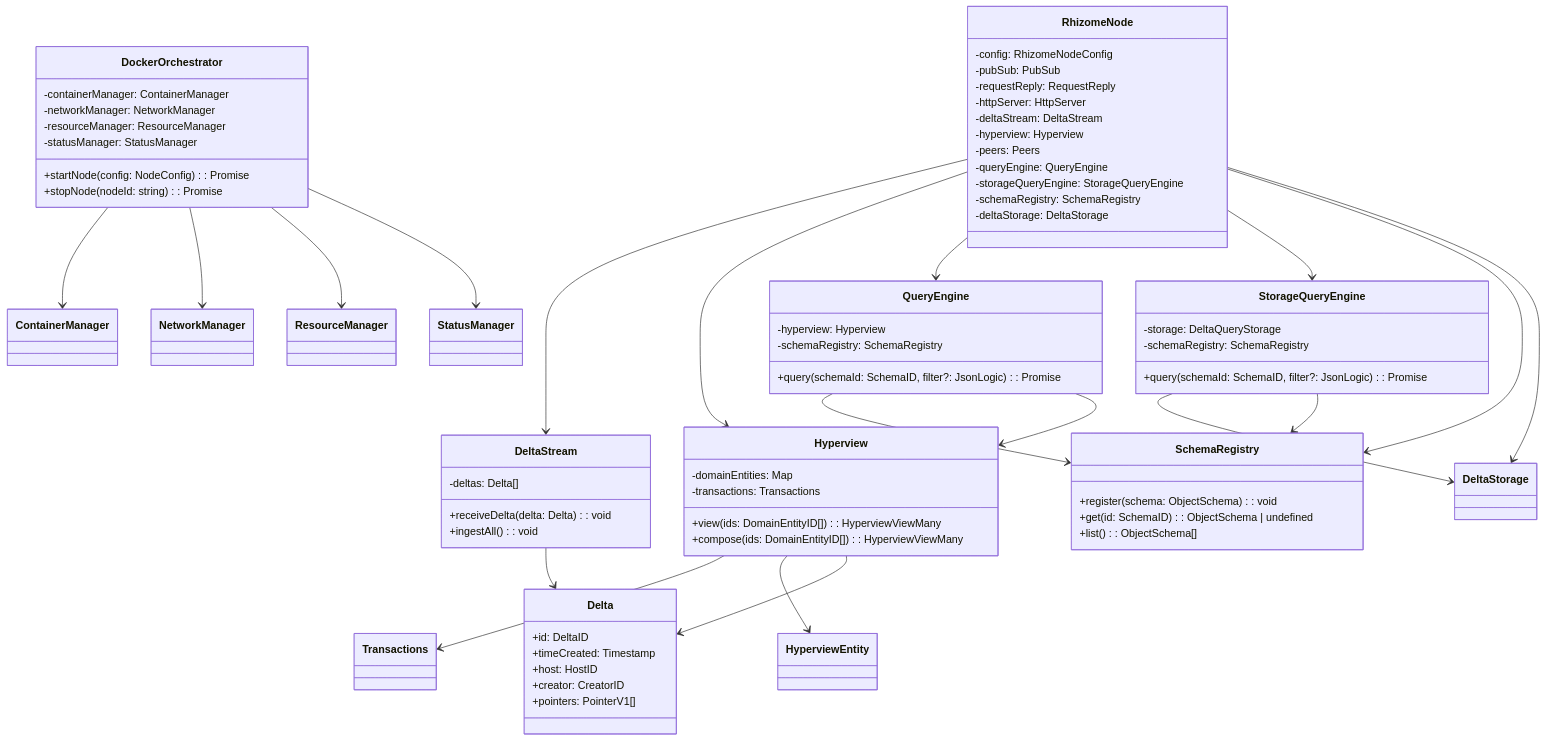
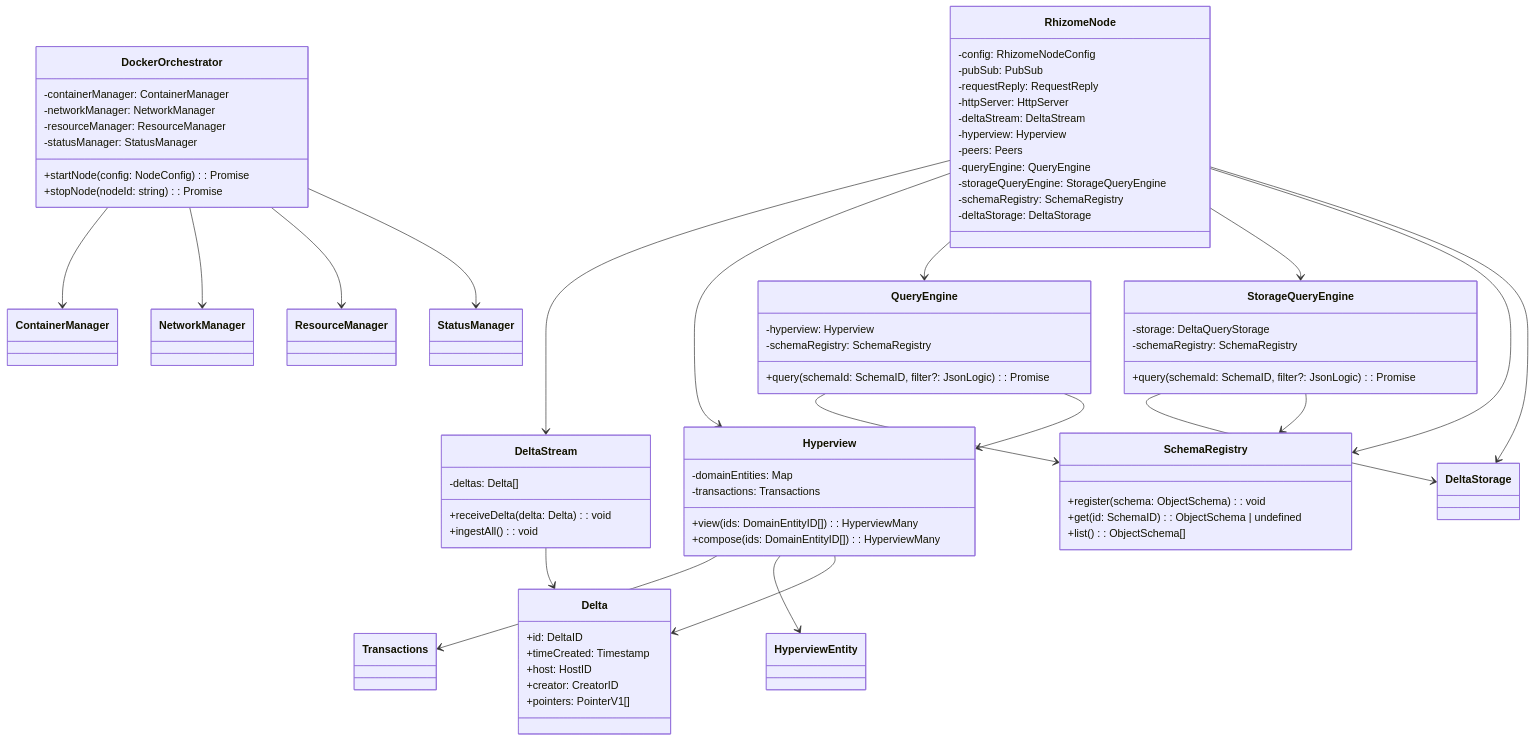
The diagram in docs/classes.md (mbilokonsky/rhizome), drawn with Mermaid before and after one commit. The commit also changed 14 other files, not shown here.

```diff
--- a/docs/classes.md
+++ b/docs/classes.md
@@ -30,8 +30,8 @@
     class Hyperview {
         -domainEntities: Map<DomainEntityID, HyperviewEntity>
         -transactions: Transactions
-        +view(ids: DomainEntityID[]): HyperviewViewMany
-        +compose(ids: DomainEntityID[]): HyperviewViewMany
+        +view(ids: DomainEntityID[]): HyperviewMany
+        +compose(ids: DomainEntityID[]): HyperviewMany
     }
     
     class QueryEngine {
```
